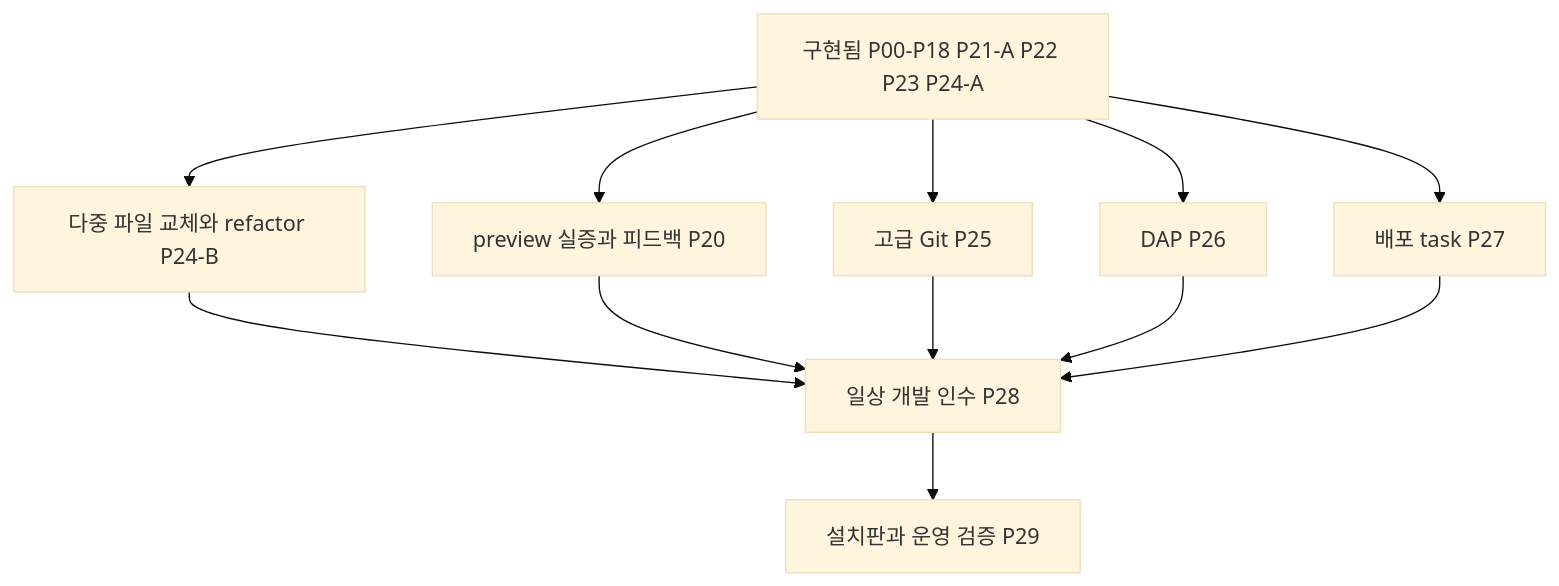
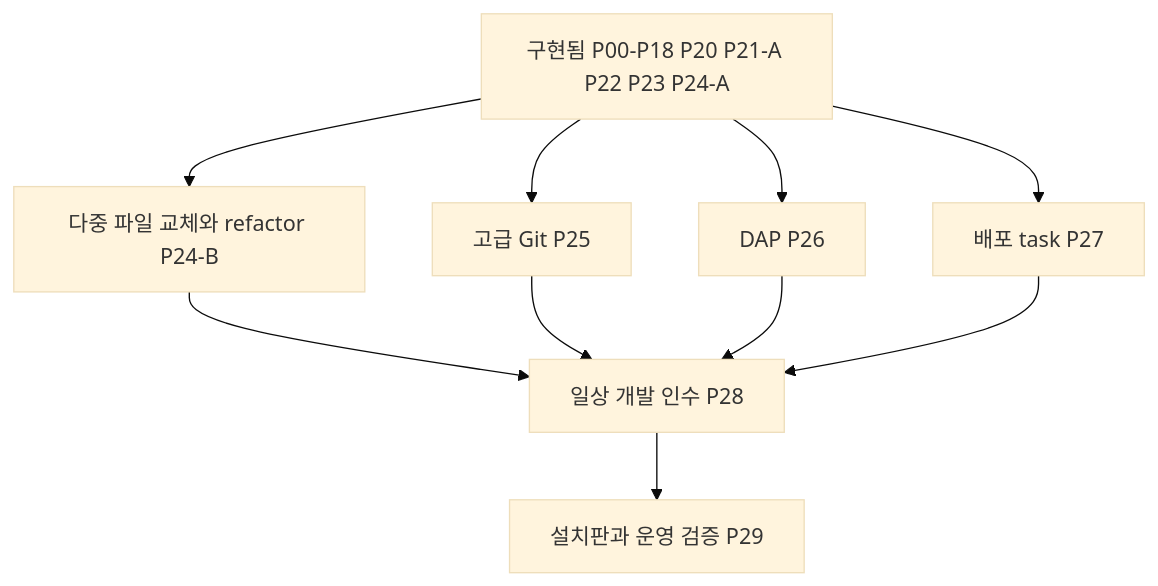
One commit to fromiron/corral changed the diagram in docs/plans/workbench-development-implementation-plan-2026-10-21.md. Above: the diagram before and after it, drawn with Mermaid (base theme). The commit also changed other lines of this file and 37 other files, not shown here.

````diff
--- a/docs/plans/workbench-development-implementation-plan-2026-10-21.md
+++ b/docs/plans/workbench-development-implementation-plan-2026-10-21.md
@@ -199,14 +195,12 @@
 ```mermaid
 flowchart TD
-  DONE[구현됨 P00-P18 P21-A P22 P23 P24-A] --> EDIT[다중 파일 교체와 refactor P24-B]
-  DONE --> PREVIEW[preview 실증과 피드백 P20]
+  DONE[구현됨 P00-P18 P20 P21-A P22 P23 P24-A] --> EDIT[다중 파일 교체와 refactor P24-B]
   DONE --> GIT[고급 Git P25]
   DONE --> DEBUG[DAP P26]
   DONE --> DEPLOY[배포 task P27]
   EDIT --> G4[일상 개발 인수 P28]
-  PREVIEW --> G4
   GIT --> G4
   DEBUG --> G4
   DEPLOY --> G4
   G4 --> G5[설치판과 운영 검증 P29]
 ```
````
